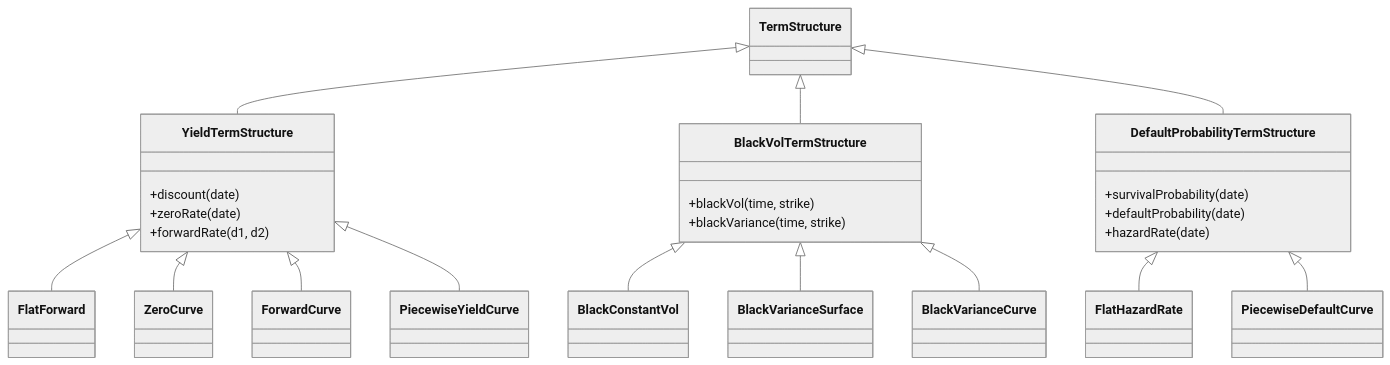
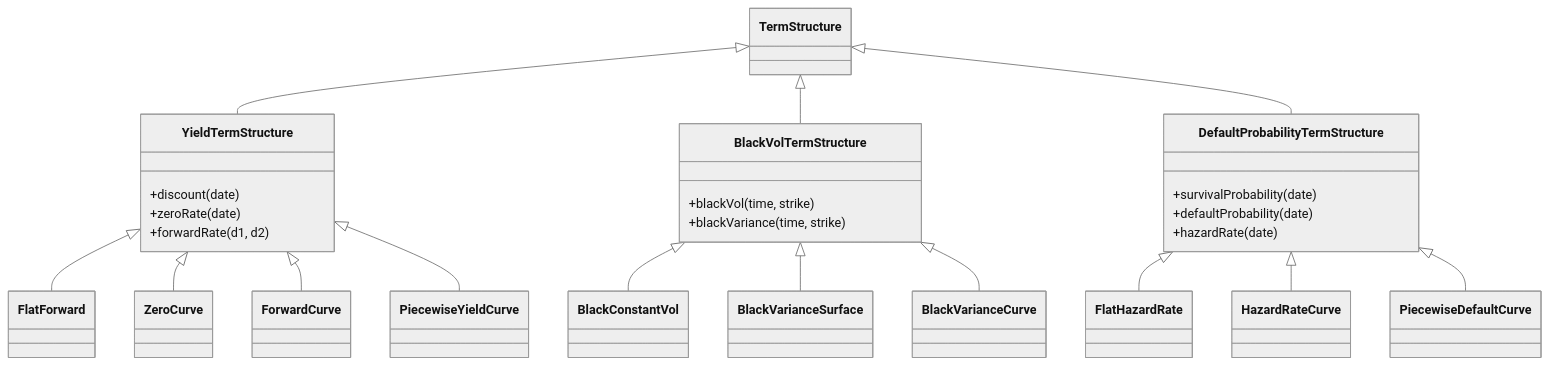
One commit to quantales/pyquantlib changed the diagram in docs/concepts/term-structures.md. Above: the diagram before and after it, drawn with Mermaid (neutral theme). The commit also changed 4 other files, not shown here.

````diff
--- a/docs/concepts/term-structures.md
+++ b/docs/concepts/term-structures.md
@@ -9,42 +9,44 @@
 ```{mermaid}
 classDiagram
     class TermStructure
     class YieldTermStructure {
         +discount(date)
         +zeroRate(date)
         +forwardRate(d1, d2)
     }
     class BlackVolTermStructure {
         +blackVol(time, strike)
         +blackVariance(time, strike)
     }
     class DefaultProbabilityTermStructure {
         +survivalProbability(date)
         +defaultProbability(date)
         +hazardRate(date)
     }
     TermStructure <|-- YieldTermStructure
     TermStructure <|-- BlackVolTermStructure
     TermStructure <|-- DefaultProbabilityTermStructure
 
     class FlatForward
     class ZeroCurve
     class ForwardCurve
     class PiecewiseYieldCurve
     YieldTermStructure <|-- FlatForward
     YieldTermStructure <|-- ZeroCurve
     YieldTermStructure <|-- ForwardCurve
     YieldTermStructure <|-- PiecewiseYieldCurve
 
     class BlackConstantVol
     class BlackVarianceSurface
     class BlackVarianceCurve
     BlackVolTermStructure <|-- BlackConstantVol
     BlackVolTermStructure <|-- BlackVarianceSurface
     BlackVolTermStructure <|-- BlackVarianceCurve
 
     class FlatHazardRate
+    class HazardRateCurve
     class PiecewiseDefaultCurve
     DefaultProbabilityTermStructure <|-- FlatHazardRate
+    DefaultProbabilityTermStructure <|-- HazardRateCurve
     DefaultProbabilityTermStructure <|-- PiecewiseDefaultCurve
 ```
````
